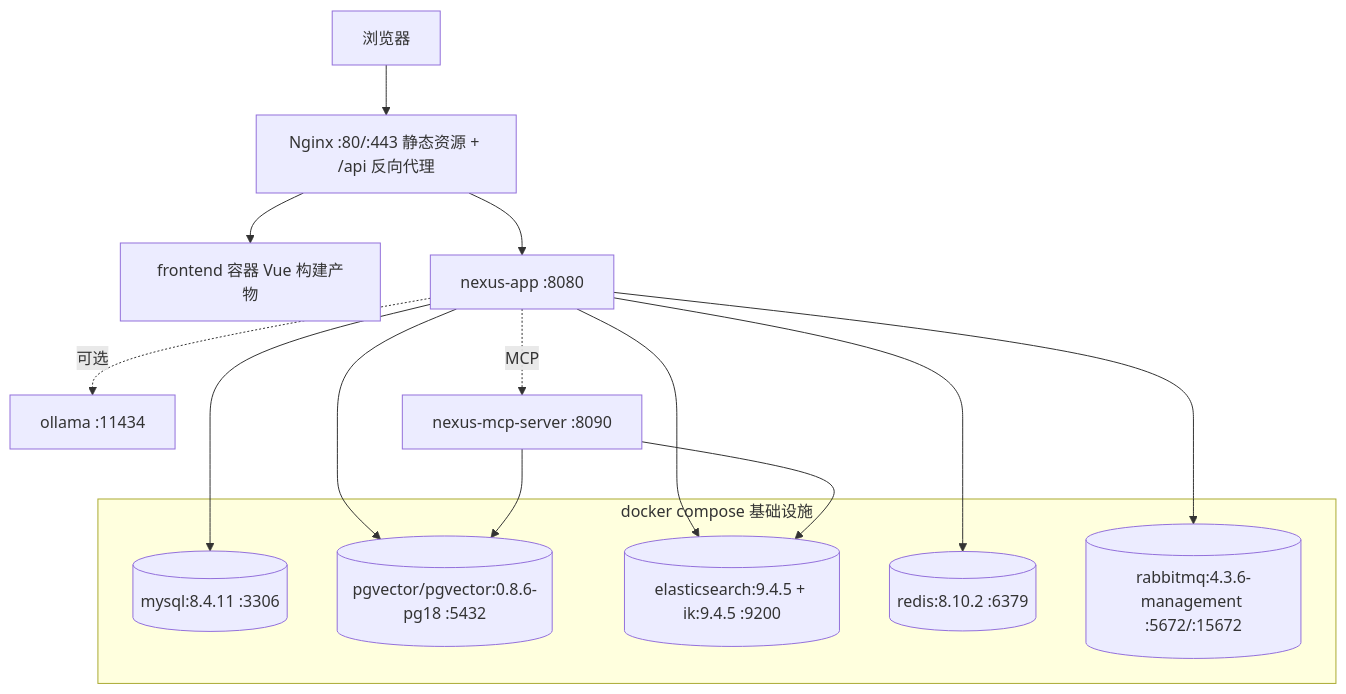
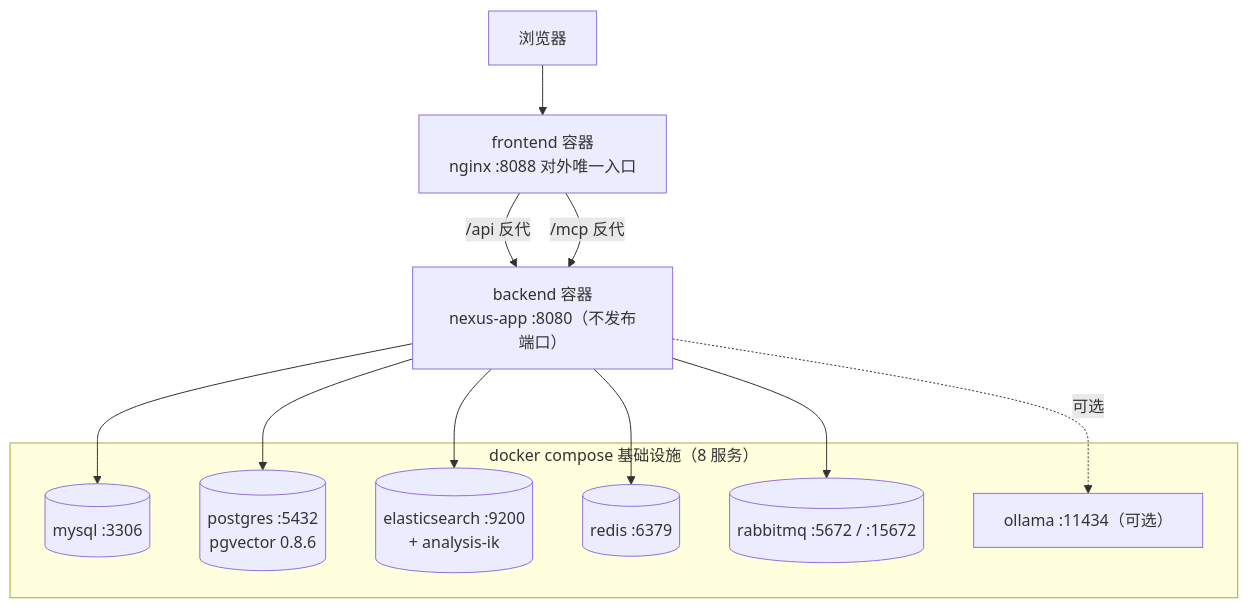
Before and after one commit to Prisdvl/prisdvl-nexus: diagram 16 of 16 in docs/architecture.md, drawn with Mermaid. The commit also changed other lines of this file and 27 other files, not shown here.

````diff
--- a/docs/architecture.md
+++ b/docs/architecture.md
@@ -642,22 +746,20 @@
 ```mermaid
 graph TB
-    U["浏览器"] --> NG["Nginx :80/:443 静态资源 + /api 反向代理"]
-    NG --> FE["frontend 容器 Vue 构建产物"]
-    NG --> APP["nexus-app :8080"]
-    subgraph Infra["docker compose 基础设施"]
-        MY[("mysql:8.4.11 :3306")]
-        PG[("pgvector/pgvector:0.8.6-pg18 :5432")]
-        ES[("elasticsearch:9.4.5 + ik:9.4.5 :9200")]
-        RD[("redis:8.10.2 :6379")]
-        MQ[("rabbitmq:4.3.6-management :5672/:15672")]
+    U["浏览器"] --> FE["frontend 容器<br/>nginx :8088 对外唯一入口"]
+    FE -->|"/api 反代"| APP["backend 容器<br/>nexus-app :8080（不发布端口）"]
+    FE -->|"/mcp 反代"| APP
+    subgraph Infra["docker compose 基础设施（8 服务）"]
+        MY[("mysql :3306")]
+        PG[("postgres :5432<br/>pgvector 0.8.6")]
+        ES[("elasticsearch :9200<br/>+ analysis-ik")]
+        RD[("redis :6379")]
+        MQ[("rabbitmq :5672 / :15672")]
+        OL["ollama :11434（可选）"]
     end
     APP --> MY
     APP --> PG
     APP --> ES
     APP --> RD
     APP --> MQ
-    APP -.可选.-> OL["ollama :11434"]
-    MCPC["nexus-mcp-server :8090"] --> PG
-    MCPC --> ES
-    APP -.MCP.-> MCPC
+    APP -.可选.-> OL
 ```
````
